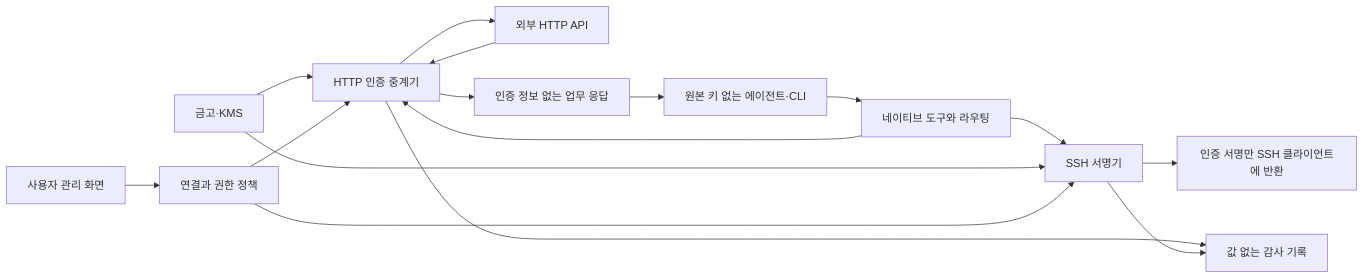
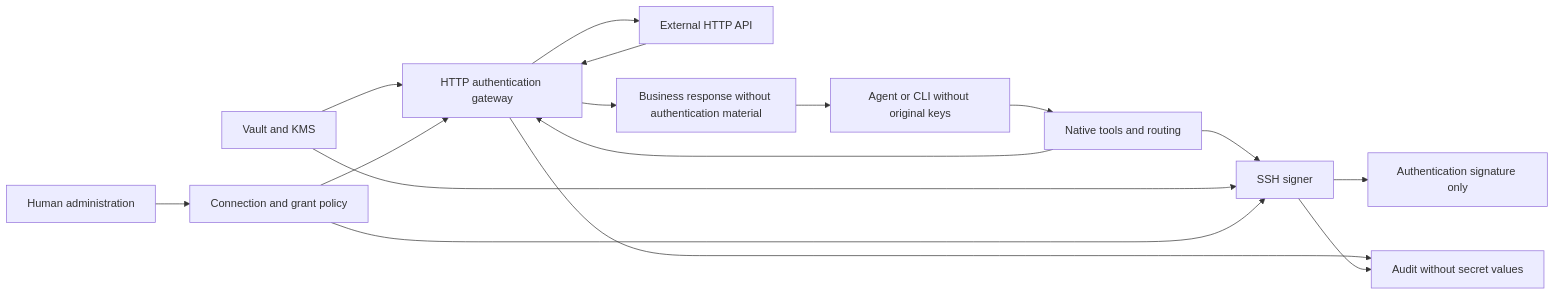
Before and after one commit to telicity-ai/zeropw: the diagram in docs/security-design.md, drawn with Mermaid. The commit also changed other lines of this file and 1 other file, not shown here.

````diff
--- a/docs/security-design.md
+++ b/docs/security-design.md
@@ -15,18 +15,18 @@
 ```mermaid
 flowchart LR
-  U[사용자 관리 화면] --> P[연결과 권한 정책]
-  C[원본 키 없는 에이전트·CLI] --> N[네이티브 도구와 라우팅]
-  N --> G[HTTP 인증 중계기]
-  N --> S[SSH 서명기]
-  V[금고·KMS] --> G
+  U[Human administration] --> P[Connection and grant policy]
+  C[Agent or CLI without original keys] --> N[Native tools and routing]
+  N --> G[HTTP authentication gateway]
+  N --> S[SSH signer]
+  V[Vault and KMS] --> G
   V --> S
   P --> G
   P --> S
-  G --> A[외부 HTTP API]
+  G --> A[External HTTP API]
   A --> G
-  G --> R[인증 정보 없는 업무 응답]
+  G --> R[Business response without authentication material]
   R --> C
-  S --> T[인증 서명만 SSH 클라이언트에 반환]
-  G --> L[값 없는 감사 기록]
+  S --> T[Authentication signature only]
+  G --> L[Audit without secret values]
   S --> L
 ```
````
